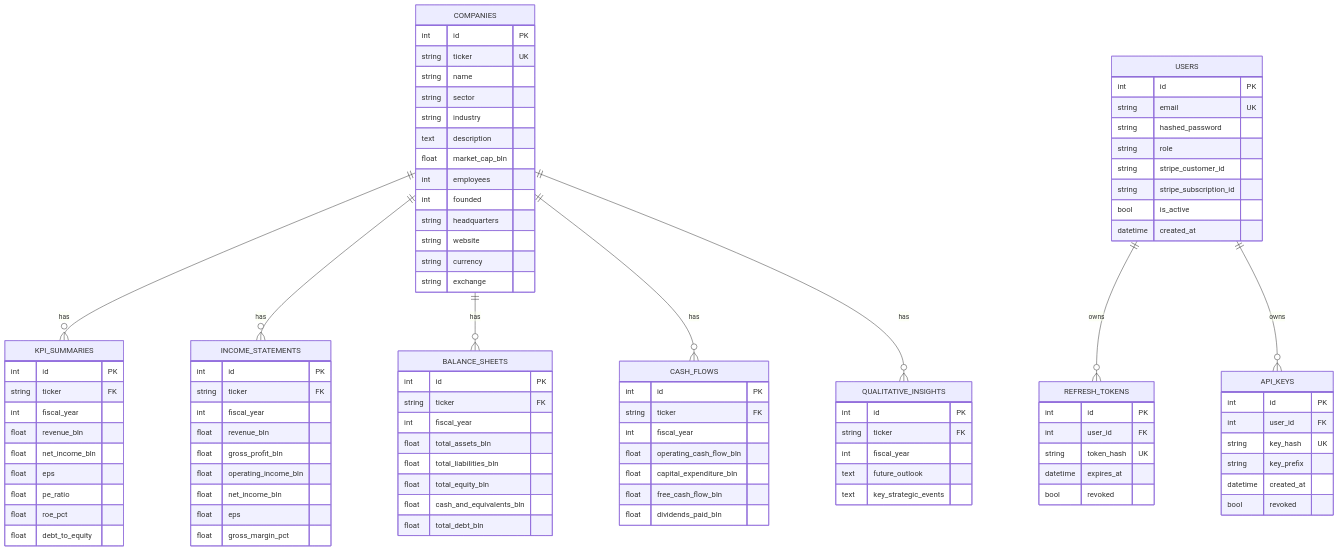
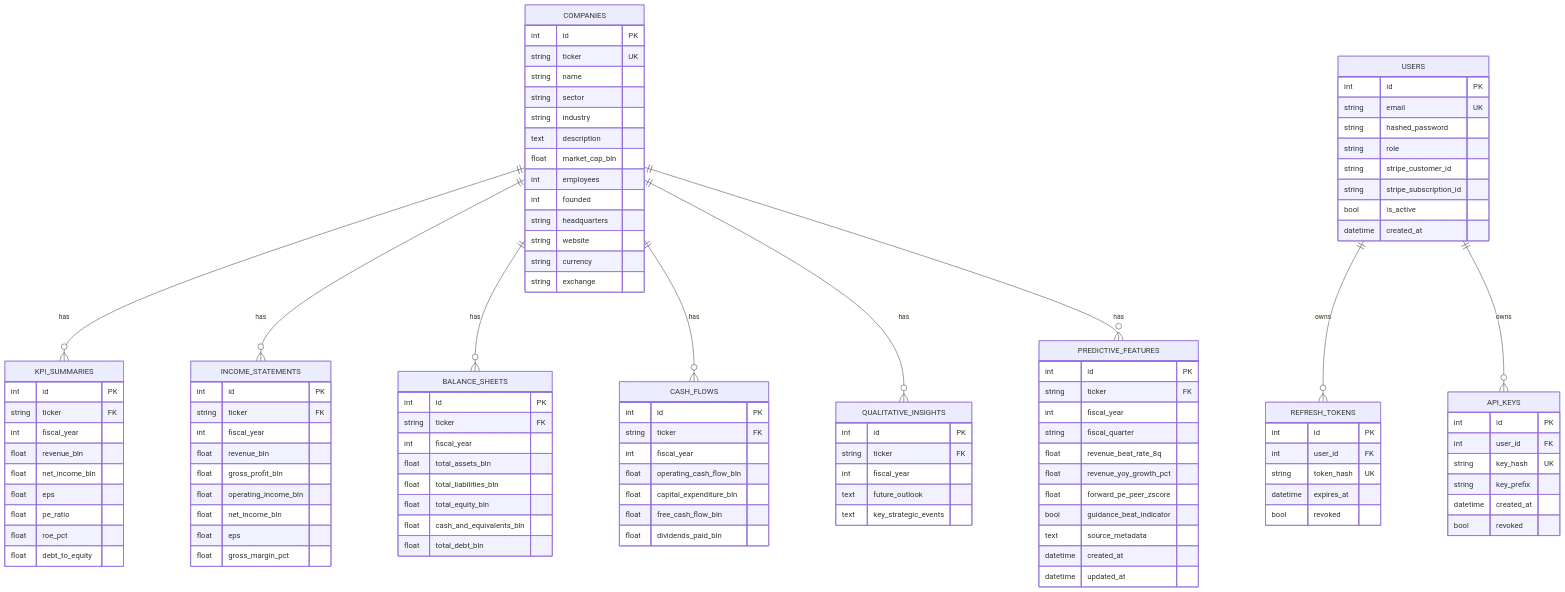
Before and after one commit to ONGKOKRHUI/financial-insights: the diagram in docs/backend/database-schema.md, drawn with Mermaid. The commit also changed other lines of this file and 35 other files, not shown here.

````diff
--- a/docs/backend/database-schema.md
+++ b/docs/backend/database-schema.md
@@ -74,6 +74,19 @@
         text future_outlook
         text key_strategic_events
     }
+    PREDICTIVE_FEATURES {
+        int id PK
+        string ticker FK
+        int fiscal_year
+        string fiscal_quarter
+        float revenue_beat_rate_8q
+        float revenue_yoy_growth_pct
+        float forward_pe_peer_zscore
+        bool guidance_beat_indicator
+        text source_metadata
+        datetime created_at
+        datetime updated_at
+    }
     USERS {
         int id PK
         string email UK
@@ -105,6 +118,7 @@
     COMPANIES ||--o{ BALANCE_SHEETS : has
     COMPANIES ||--o{ CASH_FLOWS : has
     COMPANIES ||--o{ QUALITATIVE_INSIGHTS : has
+    COMPANIES ||--o{ PREDICTIVE_FEATURES : has
     USERS ||--o{ REFRESH_TOKENS : owns
     USERS ||--o{ API_KEYS : owns
 ```
````
